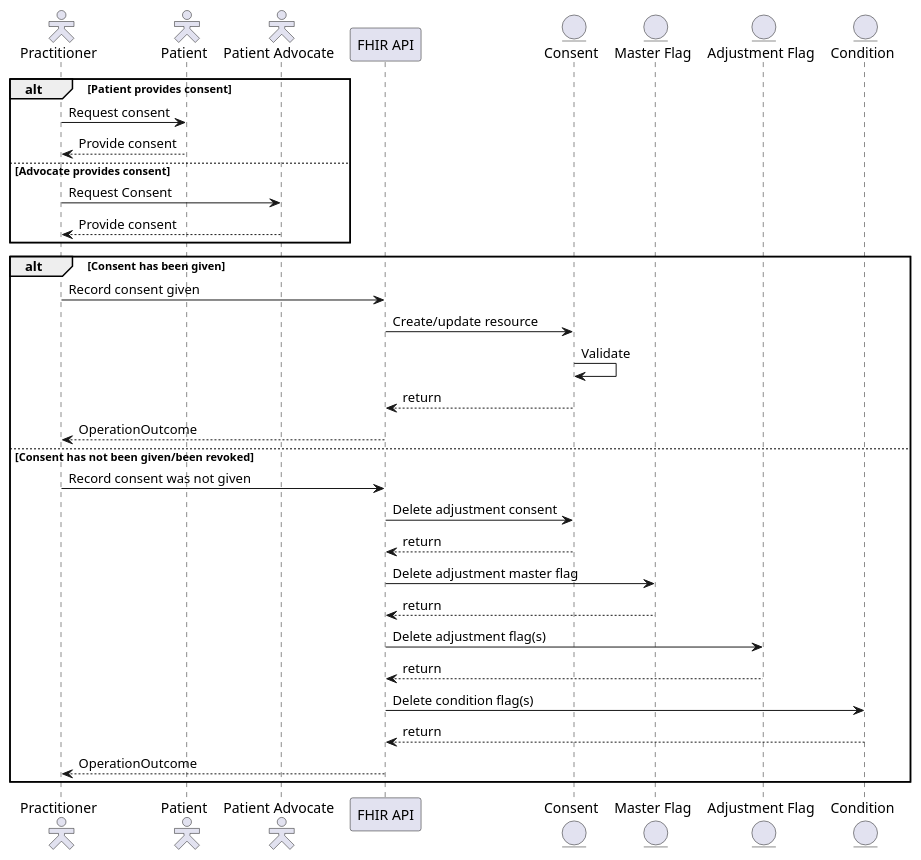
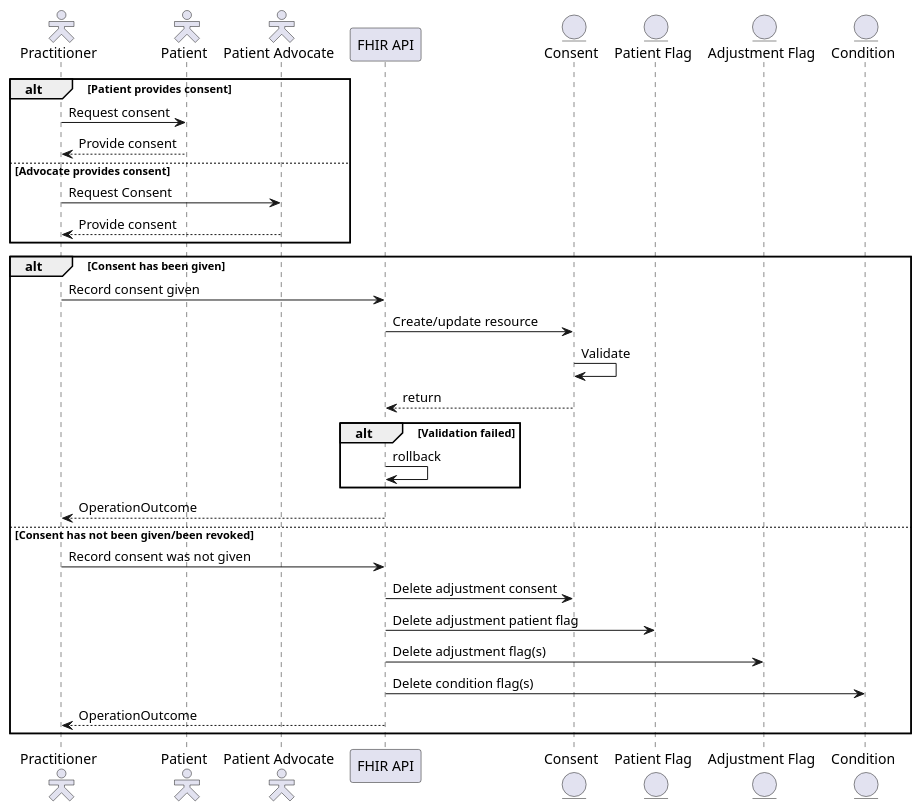
One commit to NHSDigital/ra-sandbox changed the diagram in input/images-source/consent-sequence.plantuml. Above: the diagram before and after it, drawn with PlantUML. The commit also changed 102 other files, not shown here.

```diff
--- a/input/images-source/consent-sequence.plantuml
+++ b/input/images-source/consent-sequence.plantuml
@@ -1,41 +1,40 @@
 @startuml
 
 skinparam actorStyle hollow
 
 actor        "Practitioner"     as pra
 actor        "Patient"          as pat
 actor        "Patient Advocate" as pad
 participant  "FHIR API"         as api
 entity       "Consent"          as con
-entity       "Master Flag"      as mas
+entity       "Patient Flag"     as pfg
 entity       "Adjustment Flag"  as adj
 entity       "Condition"        as cod
 
 alt Patient provides consent
   pra ->  pat : Request consent
   pra <-- pat : Provide consent
 else Advocate provides consent
   pra ->  pad : Request Consent
   pra <-- pad : Provide consent
 end
 
 alt Consent has been given
   pra ->  api : Record consent given
   api ->  con : Create/update resource
   con ->  con : Validate
   api <-- con : return
+  alt Validation failed
+    api -> api : rollback
+  end
   pra <-- api : OperationOutcome
 else Consent has not been given/been revoked
   pra ->  api : Record consent was not given
   api ->  con : Delete adjustment consent
-  api <-- con : return
-  api ->  mas : Delete adjustment master flag
-  api <-- mas : return
+  api ->  pfg : Delete adjustment patient flag
   api ->  adj : Delete adjustment flag(s)
-  api <-- adj : return
   api ->  cod : Delete condition flag(s)
-  api <-- cod : return
   pra <-- api : OperationOutcome
 end
 
 @enduml
```
